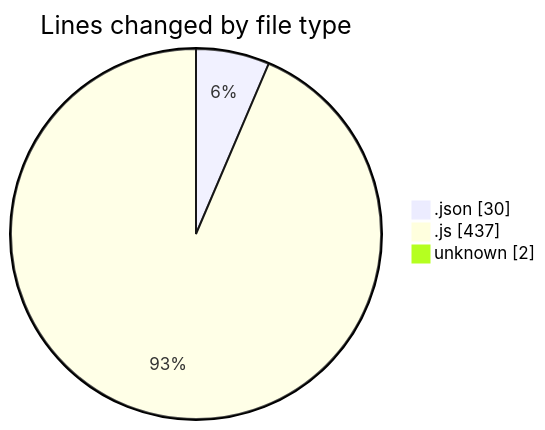
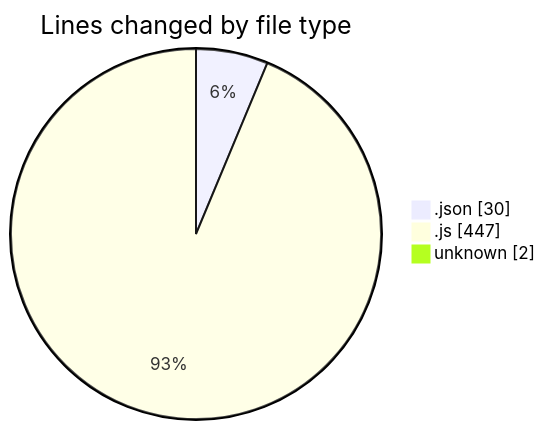
One commit to Ritupan-Deka/code-tracking changed the first of 2 diagrams in 2025-07-16/mern-workoutboard/README.md. Above: the diagram before and after it, drawn with Mermaid. The commit also changed other lines of this file and 1 other file, not shown here.

````diff
--- a/2025-07-16/mern-workoutboard/README.md
+++ b/2025-07-16/mern-workoutboard/README.md
@@ -24,7 +24,7 @@
 ```mermaid
 pie showData
 title Lines changed by file type
 ".json" : 30
-".js" : 437
+".js" : 447
 "unknown" : 2
 ```
````
